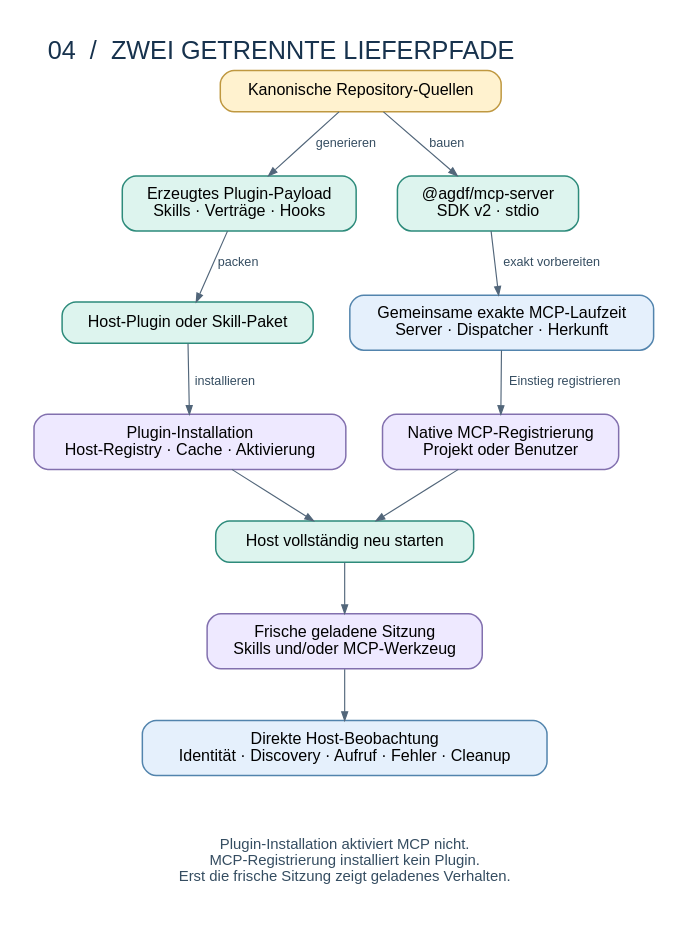
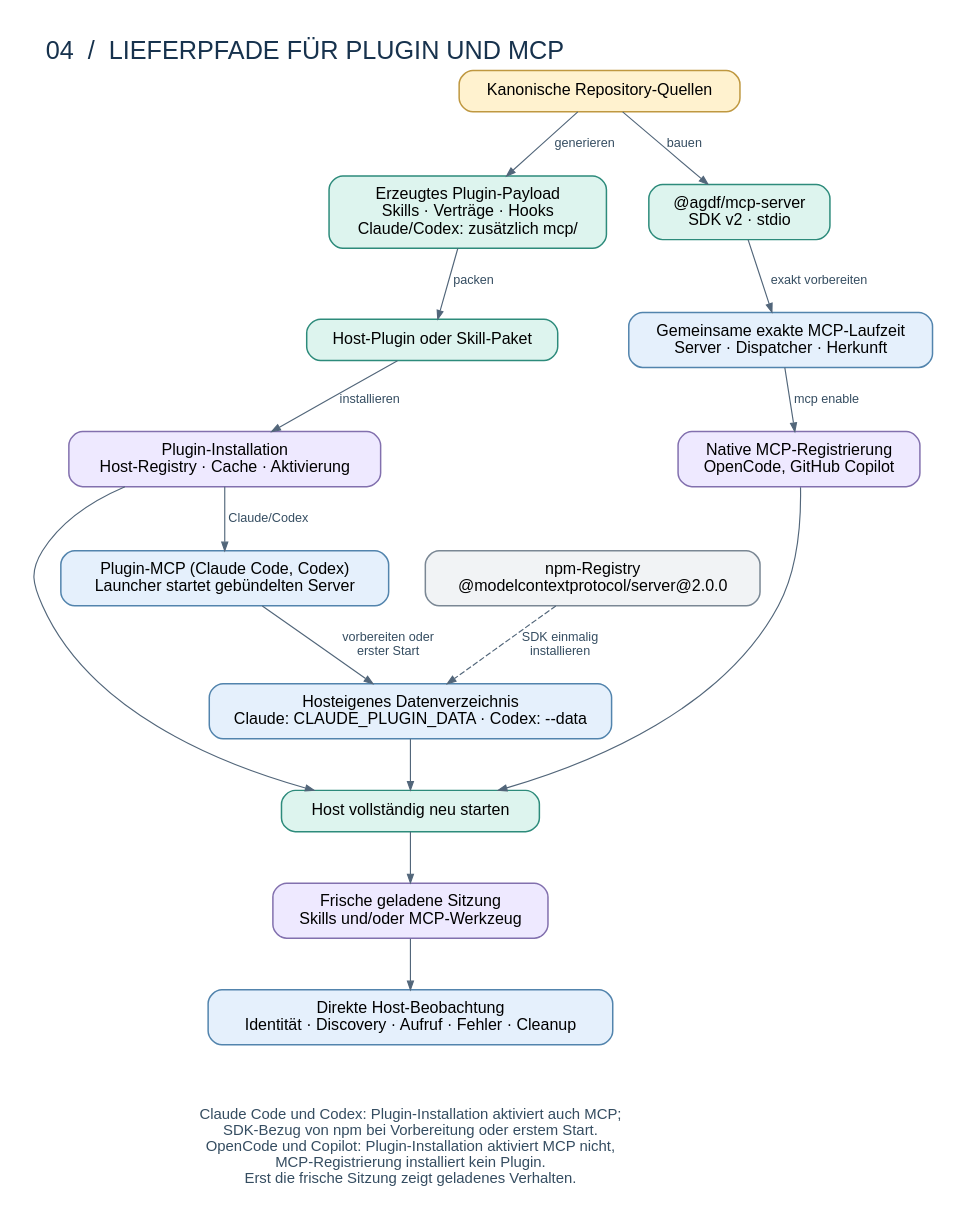
The diagram in docs/architecture/diagrams/04-distribution.dot (ArndtGold/ai-native-governance-delivery-framework), drawn with Graphviz before and after one commit. The commit also changed 56 other files, not shown here.

First line of the commit message:
fix(mcp): install plugin MCP SDK from shipped lock and verify its digest

```diff
--- a/docs/architecture/diagrams/04-distribution.dot
+++ b/docs/architecture/diagrams/04-distribution.dot
@@ -1,38 +1,48 @@
 digraph distribution {
-  graph [rankdir=TB, bgcolor="white", pad=0.3, nodesep=0.45, ranksep=0.6, fontname="Helvetica", label="04  /  ZWEI GETRENNTE LIEFERPFADE", labelloc=t, labeljust=l, fontsize=22, fontcolor="#17324D"];
+  graph [rankdir=TB, bgcolor="white", pad=0.3, nodesep=0.45, ranksep=0.6, fontname="Helvetica", label="04  /  LIEFERPFADE FÜR PLUGIN UND MCP", labelloc=t, labeljust=l, fontsize=22, fontcolor="#17324D"];
   node [shape=box, style="rounded,filled", color="#2D8B7B", fillcolor="#DDF4EE", fontname="Helvetica", fontsize=14, margin="0.19,0.13", penwidth=1.3];
   edge [color="#52667A", arrowsize=0.75, fontname="Helvetica", fontsize=11, fontcolor="#354D61"];
 
   source [label="Kanonische Repository-Quellen", fillcolor="#FFF2CF", color="#BF9840"];
 
-  plugin_payload [label="Erzeugtes Plugin-Payload\nSkills · Verträge · Hooks"];
+  plugin_payload [label="Erzeugtes Plugin-Payload\nSkills · Verträge · Hooks\nClaude/Codex: zusätzlich mcp/"];
   plugin_package [label="Host-Plugin oder Skill-Paket"];
   plugin_install [label="Plugin-Installation\nHost-Registry · Cache · Aktivierung", fillcolor="#EEE9FF", color="#8270AE"];
 
+  plugin_mcp [label="Plugin-MCP (Claude Code, Codex)\nLauncher startet gebündelten Server", fillcolor="#E5F0FC", color="#5284AD"];
+  npm [label="npm-Registry\n@modelcontextprotocol/server@2.0.0", fillcolor="#F1F3F5", color="#7A8794"];
+  plugin_data [label="Hosteigenes Datenverzeichnis\nClaude: CLAUDE_PLUGIN_DATA · Codex: --data", fillcolor="#E5F0FC", color="#5284AD"];
+
   mcp_package [label="@agdf/mcp-server\nSDK v2 · stdio"];
   runtime [label="Gemeinsame exakte MCP-Laufzeit\nServer · Dispatcher · Herkunft", fillcolor="#E5F0FC", color="#5284AD"];
-  registration [label="Native MCP-Registrierung\nProjekt oder Benutzer", fillcolor="#EEE9FF", color="#8270AE"];
+  registration [label="Native MCP-Registrierung\nOpenCode, GitHub Copilot", fillcolor="#EEE9FF", color="#8270AE"];
 
   restart [label="Host vollständig neu starten"];
   loaded [label="Frische geladene Sitzung\nSkills und/oder MCP-Werkzeug", fillcolor="#EEE9FF", color="#8270AE"];
   observed [label="Direkte Host-Beobachtung\nIdentität · Discovery · Aufruf · Fehler · Cleanup", fillcolor="#E5F0FC", color="#5284AD"];
-  note [label="Plugin-Installation aktiviert MCP nicht.\nMCP-Registrierung installiert kein Plugin.\nErst die frische Sitzung zeigt geladenes Verhalten.", shape=plaintext, fillcolor="white", fontcolor="#354D61", fontsize=13];
+  note [label="Claude Code und Codex: Plugin-Installation aktiviert auch MCP;\nSDK-Bezug von npm bei Vorbereitung oder erstem Start.\nOpenCode und Copilot: Plugin-Installation aktiviert MCP nicht,\nMCP-Registrierung installiert kein Plugin.\nErst die frische Sitzung zeigt geladenes Verhalten.", shape=plaintext, fillcolor="white", fontcolor="#354D61", fontsize=13];
 
   source -> plugin_payload [label="generieren"];
   plugin_payload -> plugin_package [label="packen"];
   plugin_package -> plugin_install [label="installieren"];
 
+  plugin_install -> plugin_mcp [label="Claude/Codex"];
+  npm -> plugin_data [label="SDK einmalig\ninstallieren", style=dashed];
+  plugin_mcp -> plugin_data [label="vorbereiten oder\nerster Start"];
+
   source -> mcp_package [label="bauen"];
   mcp_package -> runtime [label="exakt vorbereiten"];
-  runtime -> registration [label="Einstieg registrieren"];
+  runtime -> registration [label="mcp enable"];
 
+  plugin_data -> restart;
   plugin_install -> restart;
   registration -> restart;
   restart -> loaded;
   loaded -> observed;
   observed -> note [style=invis];
 
   {rank=same; plugin_payload; mcp_package;}
   {rank=same; plugin_package; runtime;}
   {rank=same; plugin_install; registration;}
+  {rank=same; plugin_mcp; npm;}
 }
```
